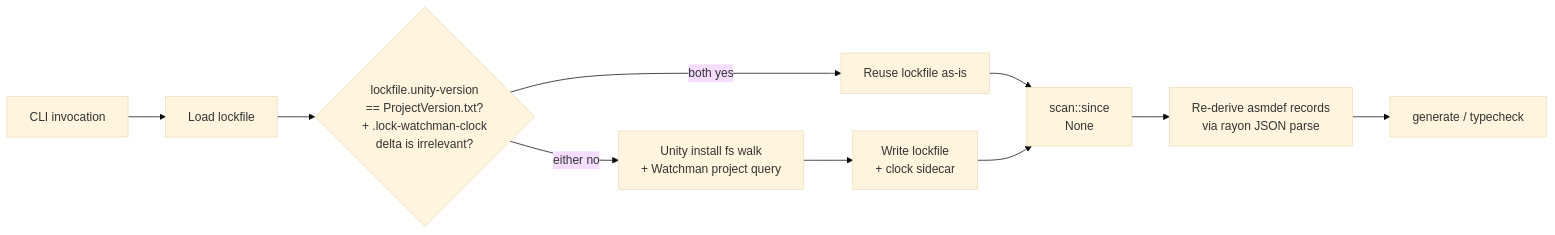
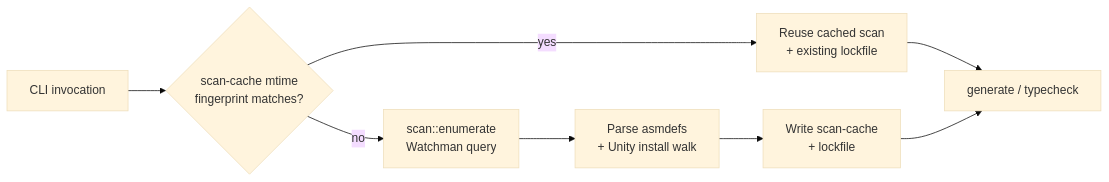
One commit to studio-boxcat/unity-solution-generator changed the second of 2 diagrams in docs/architecture.md. Above: the diagram before and after it, drawn with Mermaid (base theme). The commit also changed other lines of this file and 12 other files, not shown here.

````diff
--- a/docs/architecture.md
+++ b/docs/architecture.md
@@ -116,11 +116,9 @@
 ```mermaid
 flowchart LR
-  inv[CLI invocation] --> ulf[Load lockfile]
-  ulf --> uchk{lockfile.unity-version<br/>== ProjectVersion.txt?<br/>+ .lock-watchman-clock<br/>delta is irrelevant?}
-  uchk -->|both yes| skipu[Reuse lockfile as-is]
-  uchk -->|either no| uscan[Unity install fs walk<br/>+ Watchman project query] --> writelf[Write lockfile<br/>+ clock sidecar]
-  skipu --> proj
-  writelf --> proj
-  proj[scan::since<br/>None] --> derive[Re-derive asmdef records<br/>via rayon JSON parse]
-  derive --> gen[generate / typecheck]
+  inv[CLI invocation] --> chk{scan-cache mtime<br/>fingerprint matches?}
+  chk -->|yes| reuse[Reuse cached scan<br/>+ existing lockfile]
+  chk -->|no| watchman[scan::enumerate<br/>Watchman query] --> derive[Parse asmdefs<br/>+ Unity install walk]
+  derive --> write[Write scan-cache<br/>+ lockfile]
+  reuse --> gen[generate / typecheck]
+  write --> gen
 ```
````
